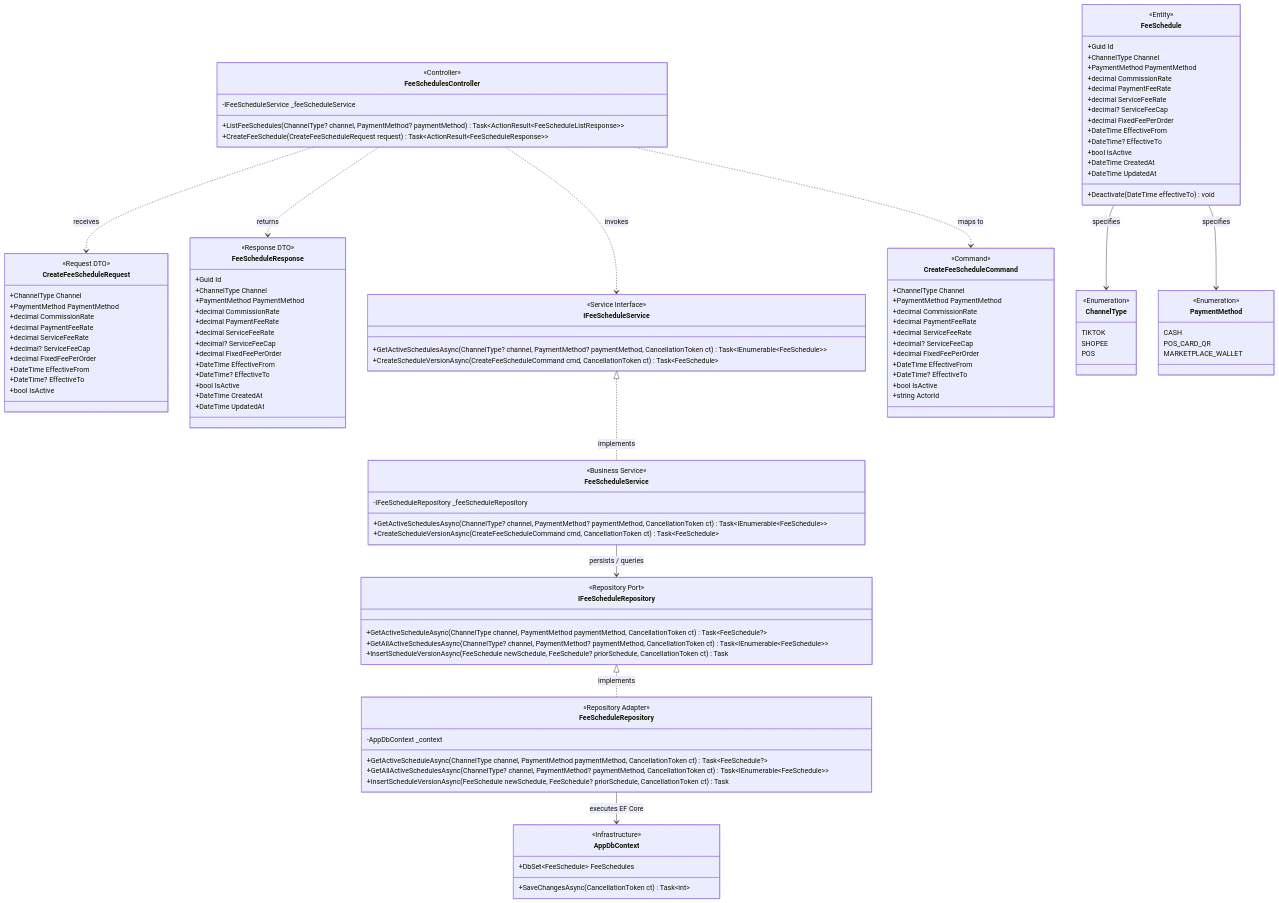
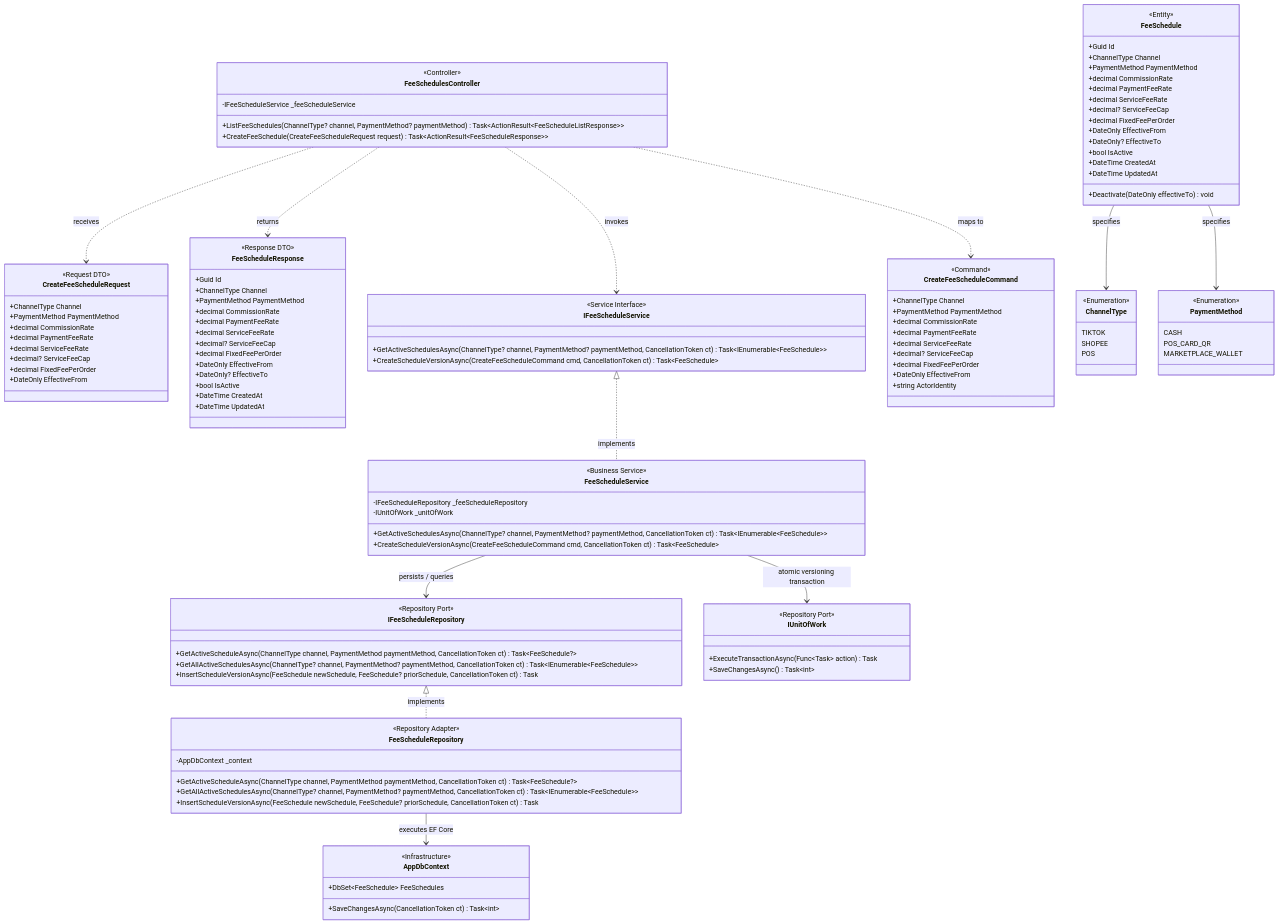
Before and after one commit to duchoa0405/Quanly_DoanhThu_LoiNhuan_DangDucHoa_VSF: the second of 2 diagrams in docs/architecture/class_diagram_catalog_fee_schedules_en.md, drawn with Mermaid. The commit also changed 5 other files, not shown here.

Commit message:
docs: align class diagrams with canonical contracts

```diff
--- a/docs/architecture/class_diagram_catalog_fee_schedules_en.md
+++ b/docs/architecture/class_diagram_catalog_fee_schedules_en.md
@@ -255,9 +255,7 @@
         +decimal ServiceFeeRate
         +decimal? ServiceFeeCap
         +decimal FixedFeePerOrder
-        +DateTime EffectiveFrom
-        +DateTime? EffectiveTo
-        +bool IsActive
+        +DateOnly EffectiveFrom
     }
 
     class FeeScheduleResponse {
@@ -270,8 +268,8 @@
         +decimal ServiceFeeRate
         +decimal? ServiceFeeCap
         +decimal FixedFeePerOrder
-        +DateTime EffectiveFrom
-        +DateTime? EffectiveTo
+        +DateOnly EffectiveFrom
+        +DateOnly? EffectiveTo
         +bool IsActive
         +DateTime CreatedAt
         +DateTime UpdatedAt
@@ -287,6 +285,7 @@
     class FeeScheduleService {
         <<Business Service>>
         -IFeeScheduleRepository _feeScheduleRepository
+        -IUnitOfWork _unitOfWork
         +GetActiveSchedulesAsync(ChannelType? channel, PaymentMethod? paymentMethod, CancellationToken ct) Task~IEnumerable~FeeSchedule~~
         +CreateScheduleVersionAsync(CreateFeeScheduleCommand cmd, CancellationToken ct) Task~FeeSchedule~
     }
@@ -300,10 +299,8 @@
         +decimal ServiceFeeRate
         +decimal? ServiceFeeCap
         +decimal FixedFeePerOrder
-        +DateTime EffectiveFrom
-        +DateTime? EffectiveTo
-        +bool IsActive
-        +string ActorId
+        +DateOnly EffectiveFrom
+        +string ActorIdentity
     }
 
     class FeeSchedule {
@@ -316,12 +313,12 @@
         +decimal ServiceFeeRate
         +decimal? ServiceFeeCap
         +decimal FixedFeePerOrder
-        +DateTime EffectiveFrom
-        +DateTime? EffectiveTo
+        +DateOnly EffectiveFrom
+        +DateOnly? EffectiveTo
         +bool IsActive
         +DateTime CreatedAt
         +DateTime UpdatedAt
-        +Deactivate(DateTime effectiveTo) void
+        +Deactivate(DateOnly effectiveTo) void
     }
 
     class ChannelType {
@@ -343,6 +340,12 @@
         +GetActiveScheduleAsync(ChannelType channel, PaymentMethod paymentMethod, CancellationToken ct) Task~FeeSchedule?~
         +GetAllActiveSchedulesAsync(ChannelType? channel, PaymentMethod? paymentMethod, CancellationToken ct) Task~IEnumerable~FeeSchedule~~
         +InsertScheduleVersionAsync(FeeSchedule newSchedule, FeeSchedule? priorSchedule, CancellationToken ct) Task
+    }
+
+    class IUnitOfWork {
+        <<Repository Port>>
+        +ExecuteTransactionAsync(Func~Task~ action) Task
+        +SaveChangesAsync() Task~int~
     }
 
     %% Data Tier
@@ -368,6 +371,7 @@
 
     IFeeScheduleService <|.. FeeScheduleService : implements
     FeeScheduleService --> IFeeScheduleRepository : persists / queries
+    FeeScheduleService --> IUnitOfWork : atomic versioning transaction
     IFeeScheduleRepository <|.. FeeScheduleRepository : implements
     FeeScheduleRepository --> AppDbContext : executes EF Core
 
```
